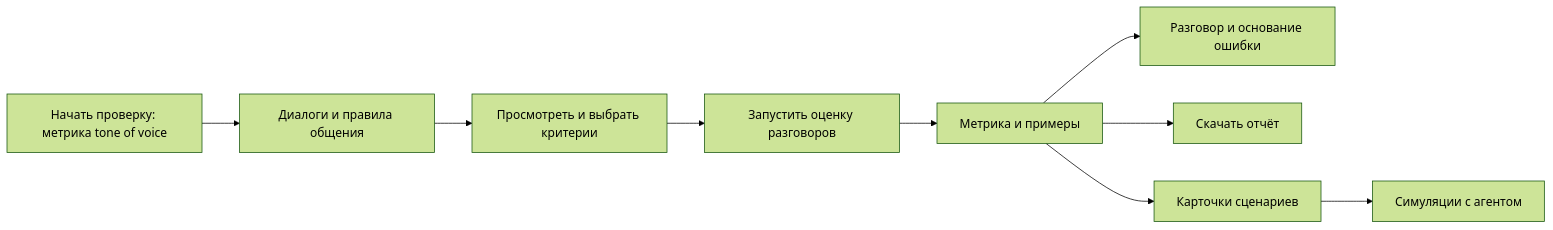
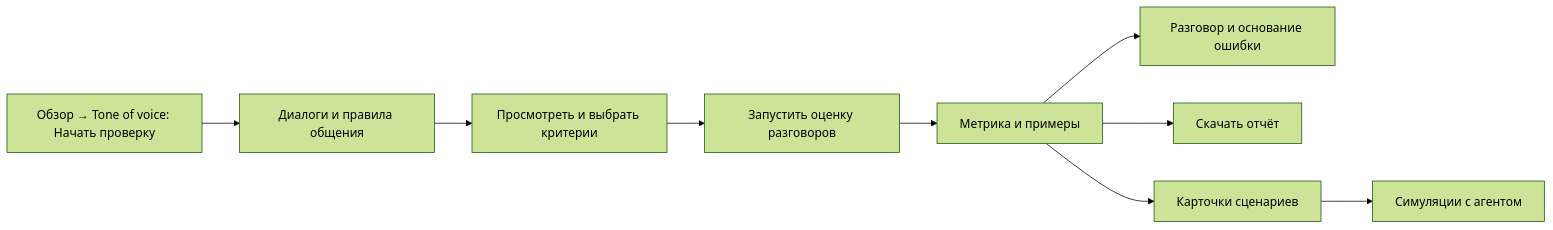
The diagram in docs/frontend/TONE_OF_VOICE_FLOW.md (OmgiKikov/Agent-Lab), drawn with Mermaid (forest theme) before and after one commit. The commit also changed other lines of this file and 2 other files, not shown here.

First line of the commit message:
Docs: every check has its own section, and the demo and the tone-of-voice flow use its addresses

````diff
--- a/docs/frontend/TONE_OF_VOICE_FLOW.md
+++ b/docs/frontend/TONE_OF_VOICE_FLOW.md
@@ -9,11 +10,11 @@
 ```mermaid
 flowchart LR
-  A[Начать проверку: метрика tone of voice] --> B[Диалоги и правила общения]
+  A[Обзор → Tone of voice: Начать проверку] --> B[Диалоги и правила общения]
   B --> C[Просмотреть и выбрать критерии]
   C --> D[Запустить оценку разговоров]
   D --> E[Метрика и примеры]
   E --> F[Разговор и основание ошибки]
   E --> G[Скачать отчёт]
   E --> H[Карточки сценариев]
   H --> I[Симуляции с агентом]
 ```
````
